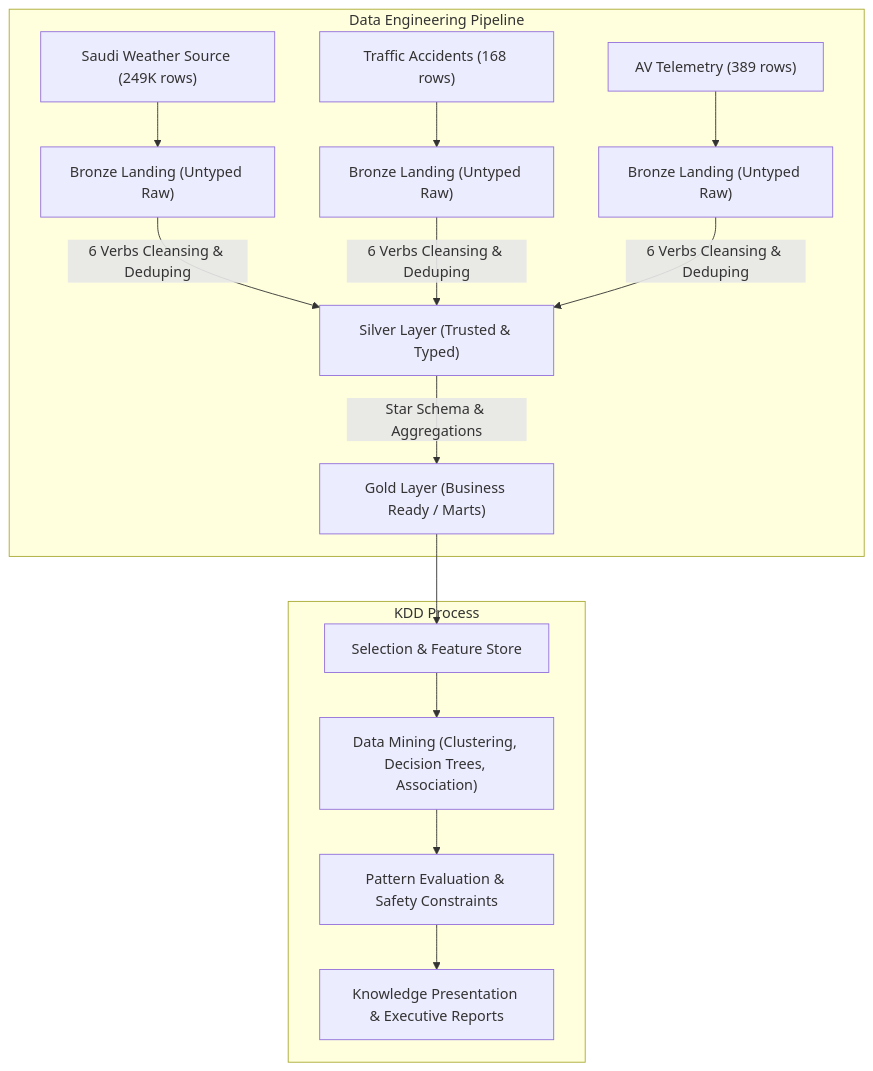
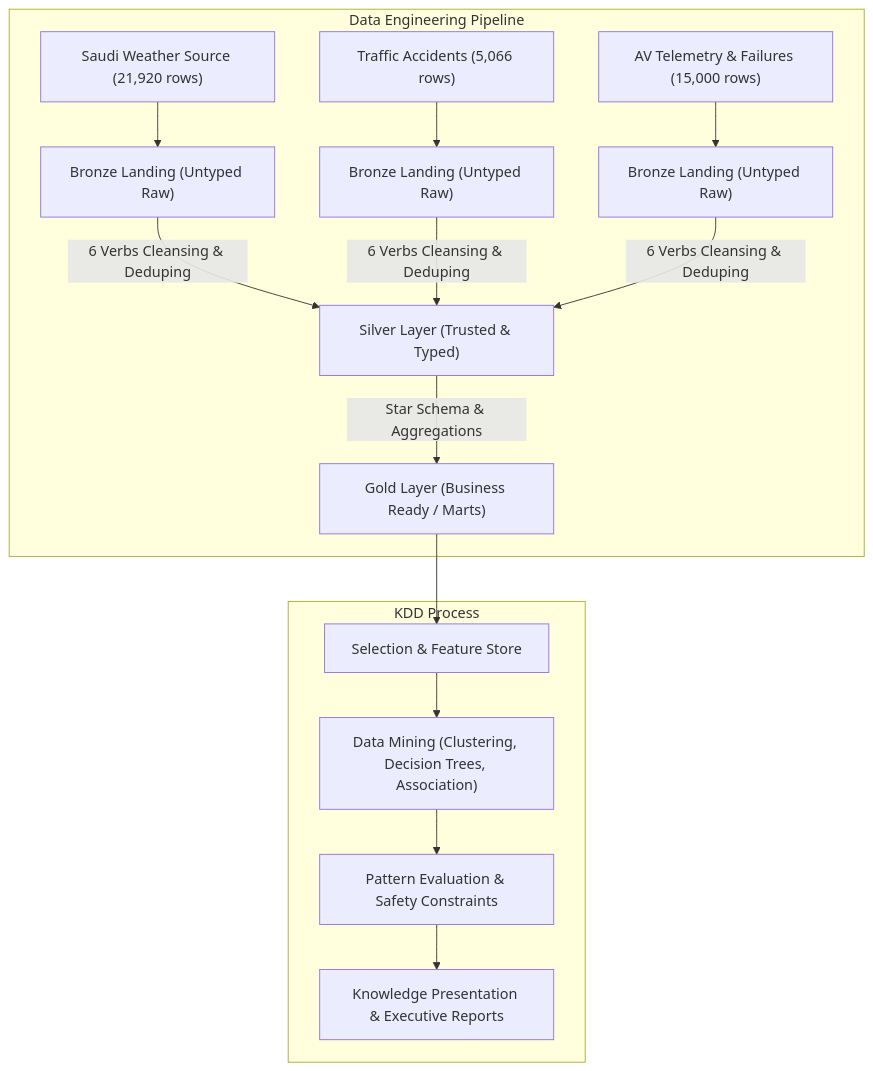
The diagram in docs/01_architecture_overview.md (farahatsaafan/AV-Ready-Saudi), drawn with Mermaid before and after one commit. The commit also changed other lines of this file and 2 other files, not shown here.

Commit message:
docs: align architecture overview, readiness memo, and README with 3 core Saudi AV datasets

````diff
--- a/docs/01_architecture_overview.md
+++ b/docs/01_architecture_overview.md
@@ -16,18 +16,18 @@
 ```mermaid
 flowchart TD
     subgraph Data Engineering Pipeline
-        S1["Saudi Weather Source (249K rows)"] --> B1["Bronze Landing (Untyped Raw)"]
-        S2["Traffic Accidents (168 rows)"] --> B2["Bronze Landing (Untyped Raw)"]
-        S3["AV Telemetry (389 rows)"] --> B3["Bronze Landing (Untyped Raw)"]
+        S1["Saudi Weather Source (21,920 rows)"] --> B1["Bronze Landing (Untyped Raw)"]
+        S2["Traffic Accidents (5,066 rows)"] --> B2["Bronze Landing (Untyped Raw)"]
+        S3["AV Telemetry & Failures (15,000 rows)"] --> B3["Bronze Landing (Untyped Raw)"]
         
         B1 & B2 & B3 -->|6 Verbs Cleansing & Deduping| SL["Silver Layer (Trusted & Typed)"]
         SL -->|Star Schema & Aggregations| GL["Gold Layer (Business Ready / Marts)"]
     end
     
     subgraph KDD Process
         GL --> SEL["Selection & Feature Store"]
         SEL --> MIN["Data Mining (Clustering, Decision Trees, Association)"]
         MIN --> EVAL["Pattern Evaluation & Safety Constraints"]
         EVAL --> PRES["Knowledge Presentation & Executive Reports"]
     end
 ```
````
